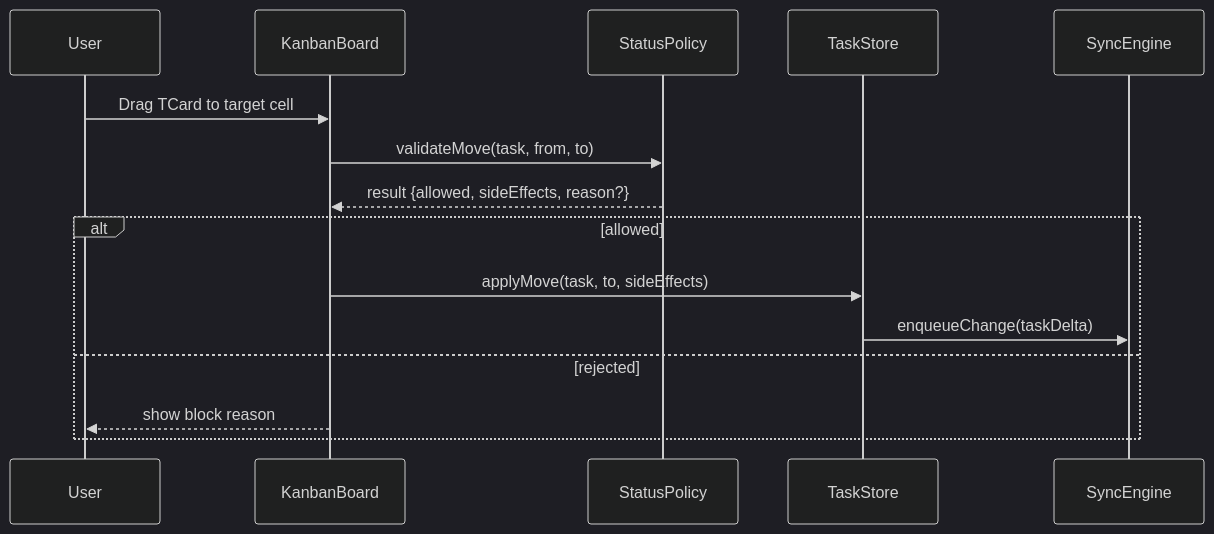
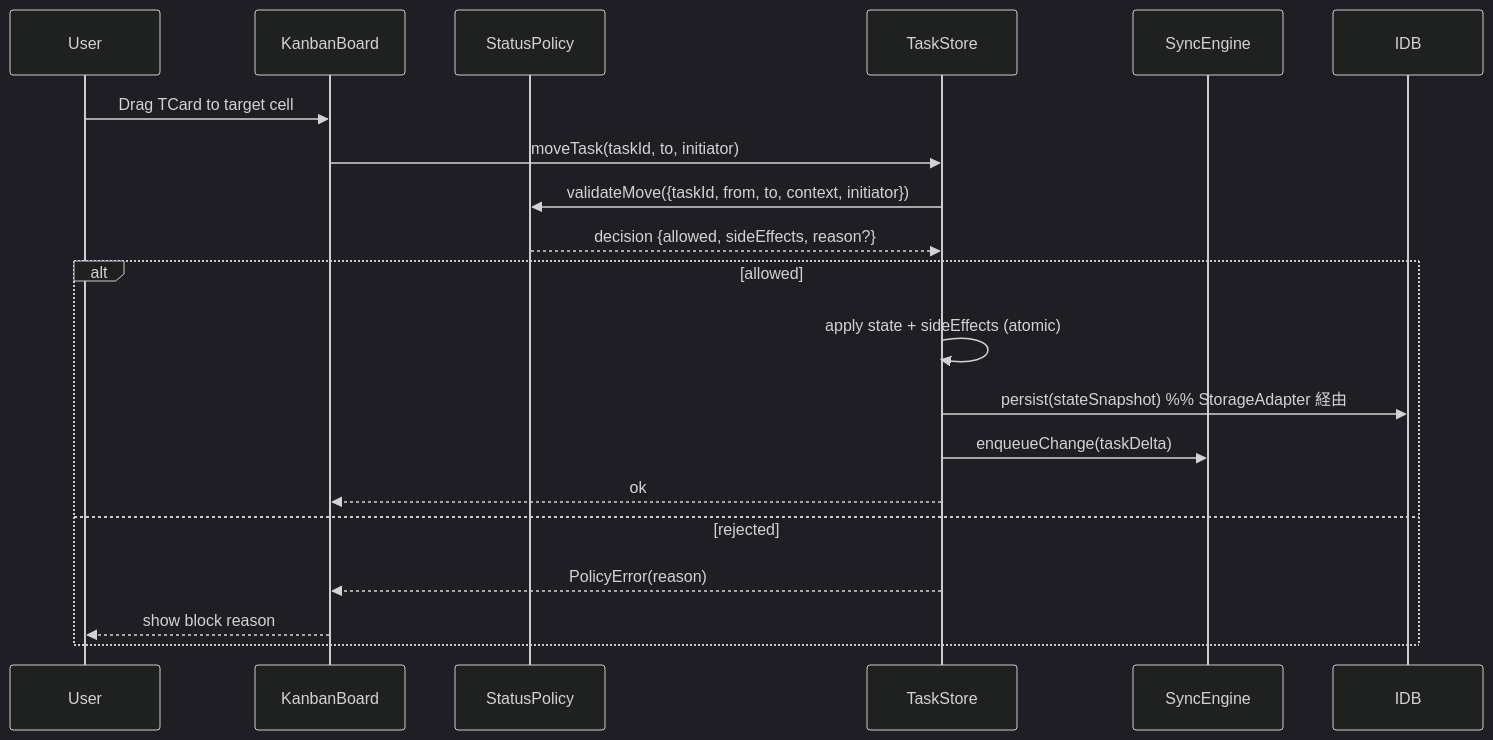
Before and after one commit to taturou/study_kanban: the second of 4 diagrams in .kiro/specs/learning-plan-kanban/design.md, drawn with Mermaid (dark theme). The commit also changed other lines of this file, not shown here.

Commit message:
docs(specs): moveTask の原子性と副作用適用手順を明文化

````diff
--- a/.kiro/specs/learning-plan-kanban/design.md
+++ b/.kiro/specs/learning-plan-kanban/design.md
@@ -108,17 +108,21 @@
 ```mermaid
 sequenceDiagram
   participant U as User
   participant KB as KanbanBoard
   participant SP as StatusPolicy
   participant TS as TaskStore
   participant SE as SyncEngine
   U->>KB: Drag TCard to target cell
-  KB->>SP: validateMove(task, from, to)
-  SP-->>KB: result {allowed, sideEffects, reason?}
+  KB->>TS: moveTask(taskId, to, initiator)
+  TS->>SP: validateMove({taskId, from, to, context, initiator})
+  SP-->>TS: decision {allowed, sideEffects, reason?}
   alt allowed
-    KB->>TS: applyMove(task, to, sideEffects)
+    TS->>TS: apply state + sideEffects (atomic)
+    TS->>IDB: persist(stateSnapshot)  %% StorageAdapter 経由
     TS->>SE: enqueueChange(taskDelta)
+    TS-->>KB: ok
   else rejected
+    TS-->>KB: PolicyError(reason)
     KB-->>U: show block reason
   end
 ```
````
